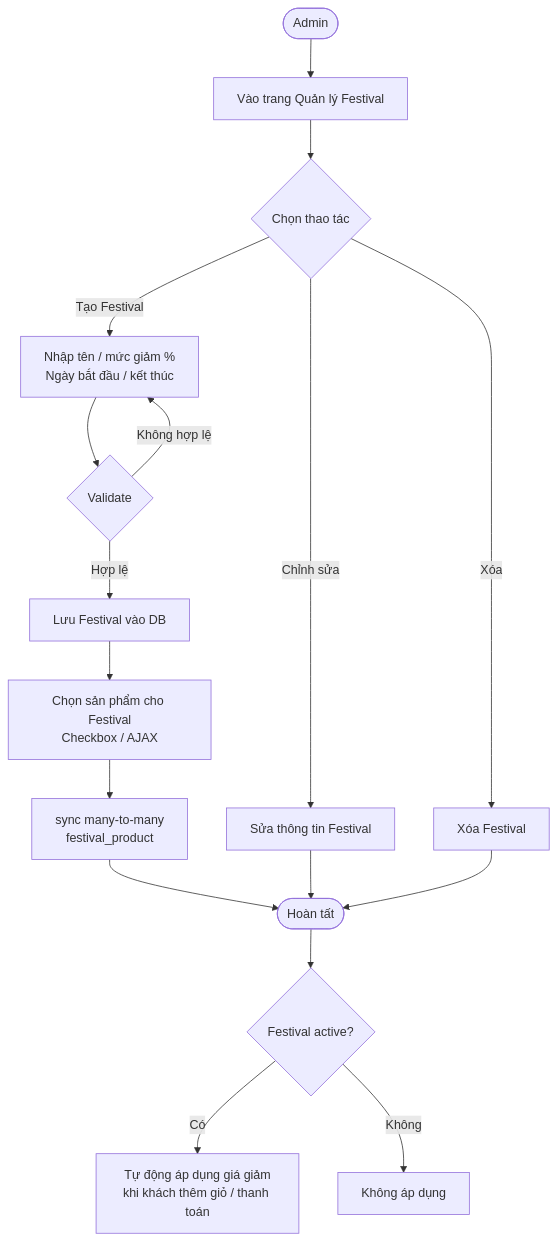
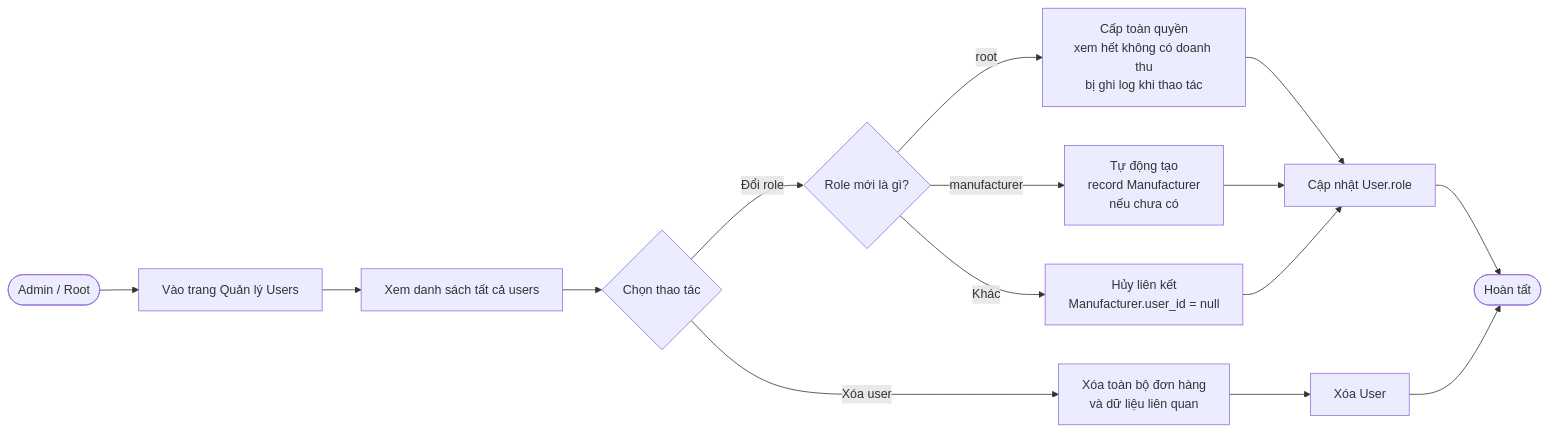
Diagram 16 of 18 in app/Http/doc/diagrams.md (thien258/luanvantotnghiep), drawn with Mermaid before and after one commit. The commit also changed other lines of this file and 27 other files, not shown here.

````diff
--- a/app/Http/doc/diagrams.md
+++ b/app/Http/doc/diagrams.md
@@ -546,17 +563,14 @@
 ```mermaid
-flowchart TD
-    A([Admin]) --> B[Vào trang Quản lý Festival]
-    B --> C{Chọn thao tác}
-    C -->|Tạo Festival| D[Nhập tên / mức giảm %\nNgày bắt đầu / kết thúc]
-    D --> E{Validate}
-    E -->|Không hợp lệ| D
-    E -->|Hợp lệ| F[Lưu Festival vào DB]
-    F --> G[Chọn sản phẩm cho Festival\nCheckbox / AJAX]
-    G --> H[sync many-to-many\nfestival_product]
-    C -->|Chỉnh sửa| I[Sửa thông tin Festival]
-    C -->|Xóa| J[Xóa Festival]
-    H & I & J --> K([Hoàn tất])
-    K --> L{Festival active?}
-    L -->|Có| M[Tự động áp dụng giá giảm\nkhi khách thêm giỏ / thanh toán]
-    L -->|Không| N[Không áp dụng]
+flowchart LR
+    A([Admin / Root]) --> B[Vào trang Quản lý Users]
+    B --> C[Xem danh sách tất cả users]
+    C --> D{Chọn thao tác}
+    D -->|Đổi role| E{Role mới là gì?}
+    E -->|root| R[Cấp toàn quyền\nxem hết không có doanh thu\nbị ghi log khi thao tác]
+    E -->|manufacturer| F[Tự động tạo\nrecord Manufacturer\nnếu chưa có]
+    E -->|Khác| G[Hủy liên kết\nManufacturer.user_id = null]
+    R & F & G --> H[Cập nhật User.role]
+    D -->|Xóa user| I[Xóa toàn bộ đơn hàng\nvà dữ liệu liên quan]
+    I --> K[Xóa User]
+    H & K --> L([Hoàn tất])
 ```
````
